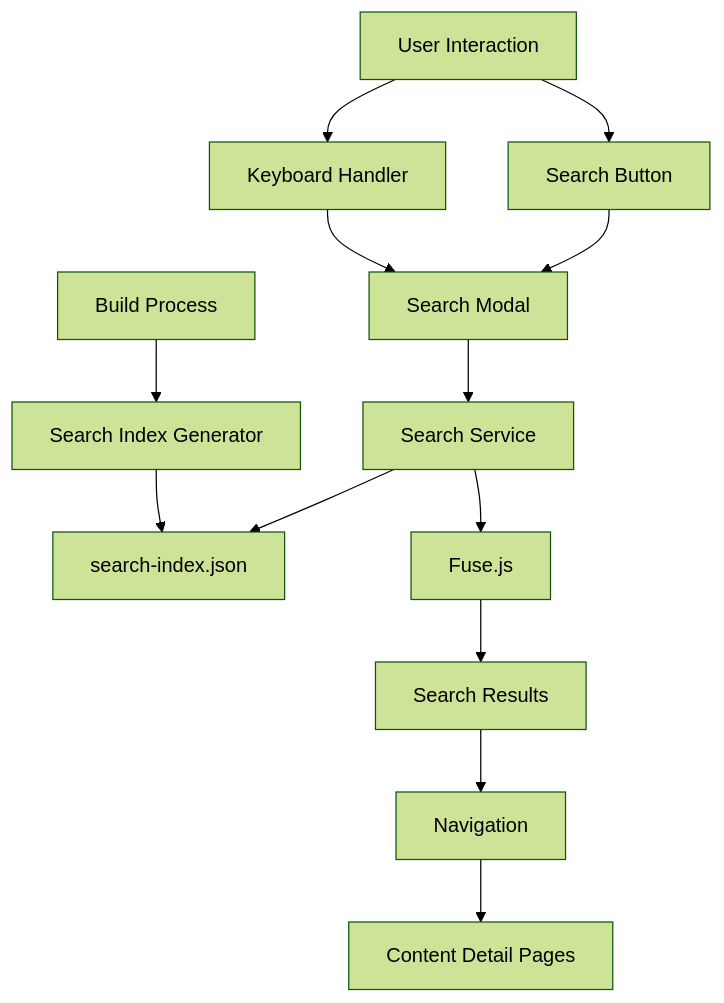
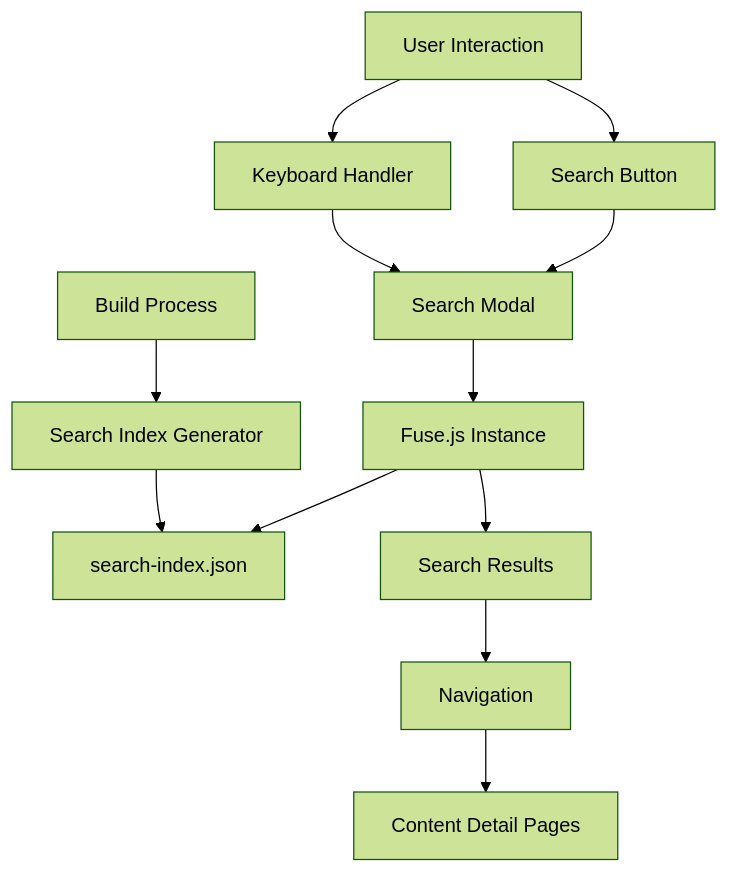
The diagram in .kiro/specs/global-search/design.md (cremich/promptz.dev), drawn with Mermaid (forest theme) before and after one commit. The commit also changed other lines of this file and 1 other file, not shown here.

First line of the commit message:
docs(specs): simplify global search architecture and consolidate components

````diff
--- a/.kiro/specs/global-search/design.md
+++ b/.kiro/specs/global-search/design.md
@@ -16,19 +15,18 @@
 ```mermaid
 graph TB
     A[Build Process] --> B[Search Index Generator]
     B --> C[search-index.json]
     
     D[User Interaction] --> E[Keyboard Handler]
     D --> F[Search Button]
     
     E --> G[Search Modal]
     F --> G
     
-    G --> H[Search Service]
-    H --> I[Fuse.js]
+    G --> H[Fuse.js Instance]
     H --> C
     
-    I --> J[Search Results]
-    J --> K[Navigation]
-    K --> L[Content Detail Pages]
+    H --> I[Search Results]
+    I --> J[Navigation]
+    J --> K[Content Detail Pages]
 ```
````
